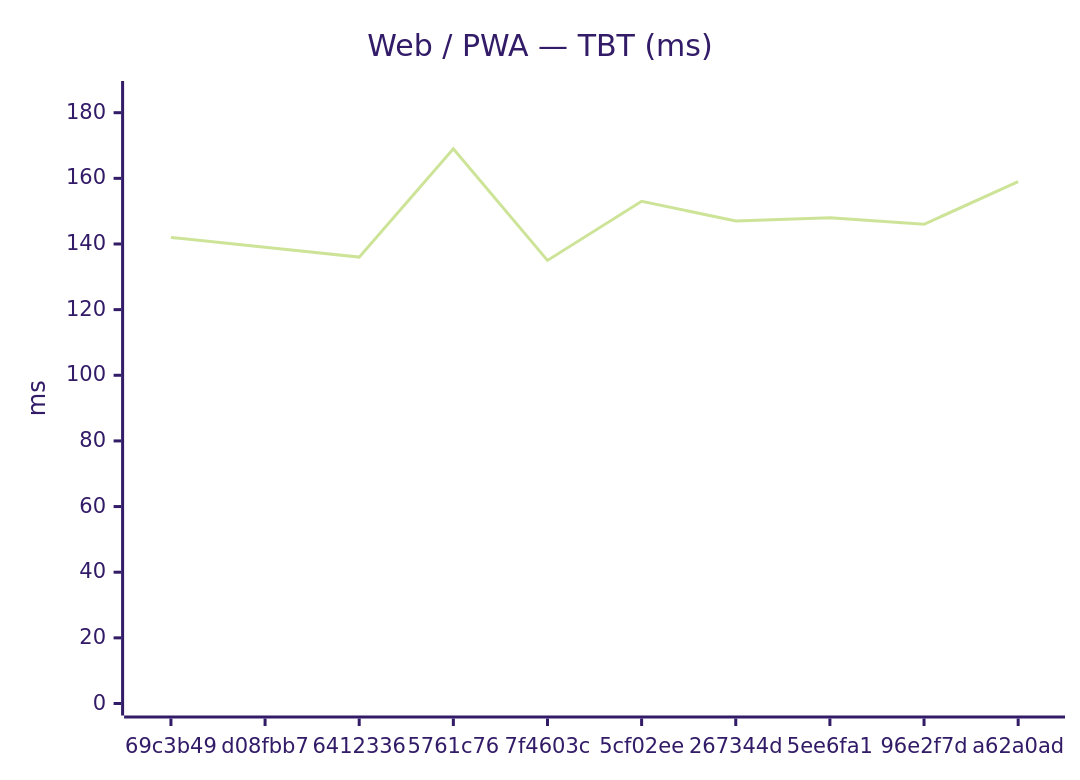
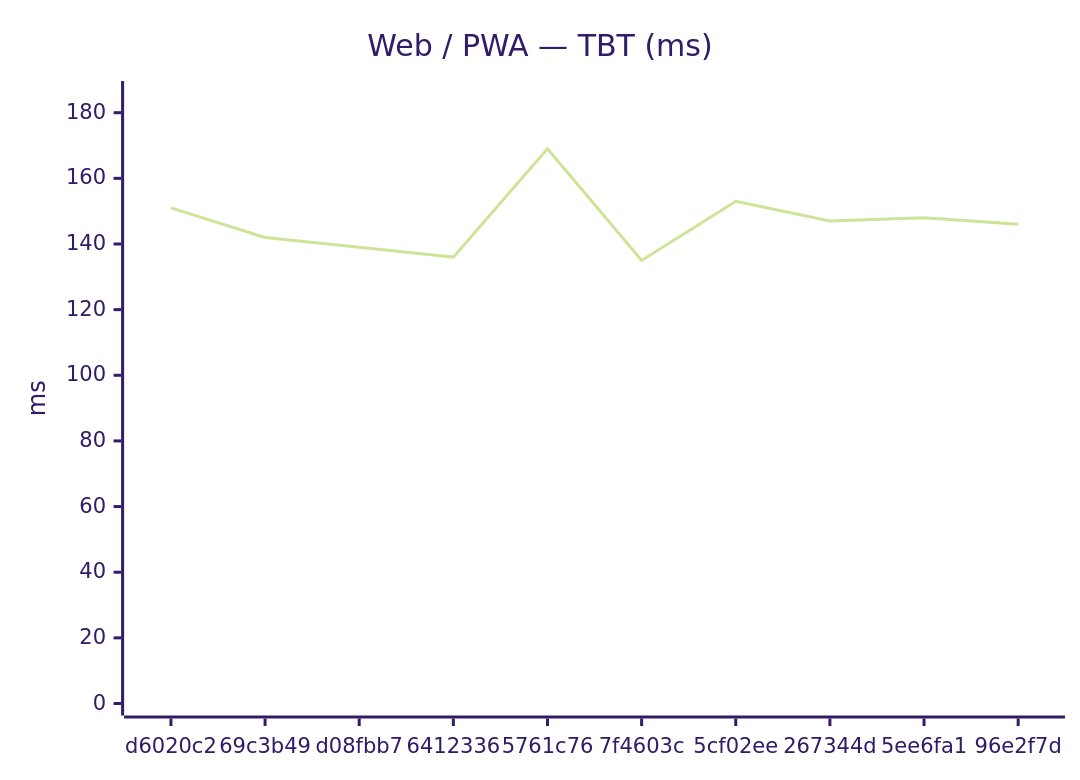
One commit to Metaheurist/Rianell changed the second of 18 diagrams in benchmarks/compare.md. Above: the diagram before and after it, drawn with Mermaid (forest theme). The commit also changed other lines of this file and 11 other files, not shown here.

````diff
--- a/benchmarks/compare.md
+++ b/benchmarks/compare.md
@@ -31,7 +31,7 @@
 ```mermaid
 xychart-beta
     title "Web / PWA — TBT (ms)"
-    x-axis ["69c3b49", "d08fbb7", "6412336", "5761c76", "7f4603c", "5cf02ee", "267344d", "5ee6fa1", "96e2f7d", "a62a0ad"]
+    x-axis ["d6020c2", "69c3b49", "d08fbb7", "6412336", "5761c76", "7f4603c", "5cf02ee", "267344d", "5ee6fa1", "96e2f7d"]
     y-axis "ms" 0 --> 186
-    line [142, 139, 136, 169, 135, 153, 147, 148, 146, 159]
+    line [151, 142, 139, 136, 169, 135, 153, 147, 148, 146]
 ```
````
